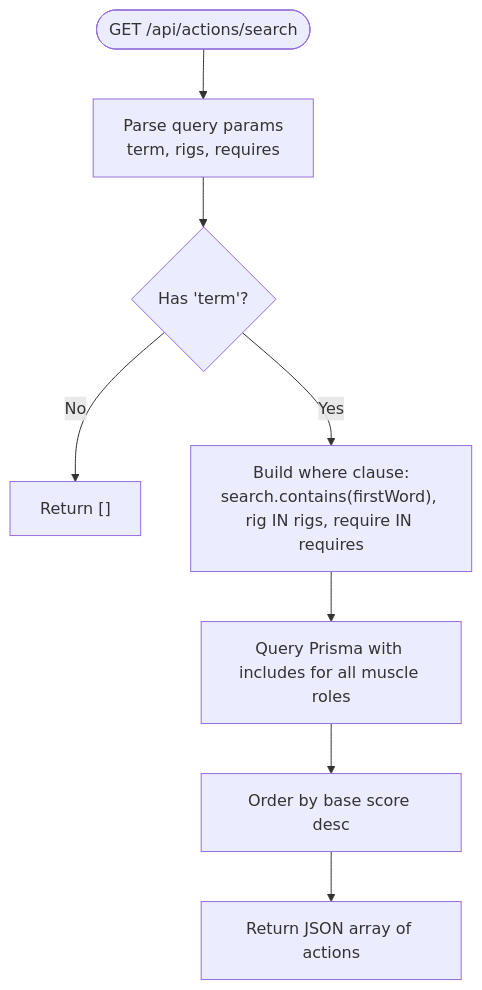
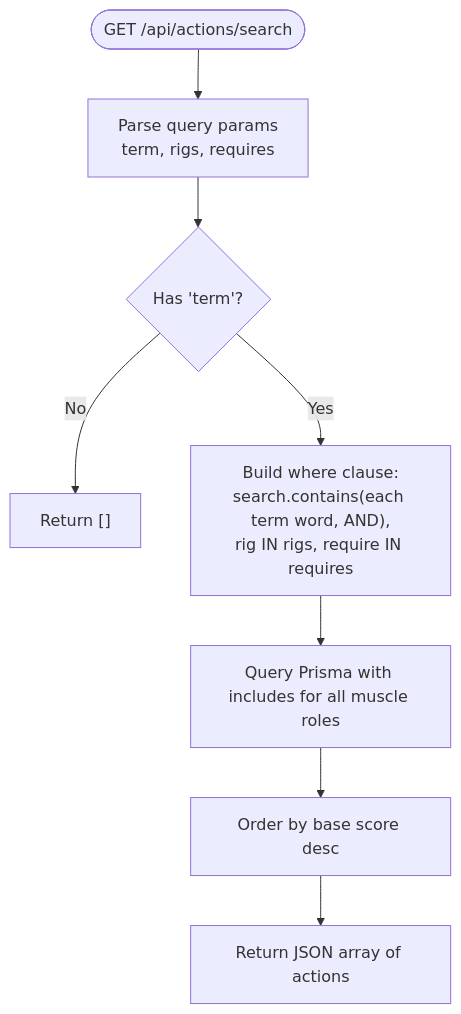
The sixth of 9 diagrams in .qoder/repowiki/en/content/Data Model/Exercise Catalog.md (Dezzpil/meingym), drawn with Mermaid before and after one commit. The commit also changed other lines of this file and 27 other files, not shown here.

````diff
--- a/.qoder/repowiki/en/content/Data Model/Exercise Catalog.md
+++ b/.qoder/repowiki/en/content/Data Model/Exercise Catalog.md
@@ -317,10 +317,10 @@
 ```mermaid
 flowchart TD
 Start(["GET /api/actions/search"]) --> ParseParams["Parse query params<br/>term, rigs, requires"]
 ParseParams --> TermCheck{"Has 'term'?"}
 TermCheck --> |No| ReturnEmpty["Return []"]
-TermCheck --> |Yes| BuildWhere["Build where clause:<br/>search.contains(firstWord), rig IN rigs, require IN requires"]
+TermCheck --> |Yes| BuildWhere["Build where clause:<br/>search.contains(each term word, AND),<br/>rig IN rigs, require IN requires"]
 BuildWhere --> QueryDB["Query Prisma with includes for all muscle roles"]
 QueryDB --> SortByBase["Order by base score desc"]
 SortByBase --> ReturnResults["Return JSON array of actions"]
 ```
````
